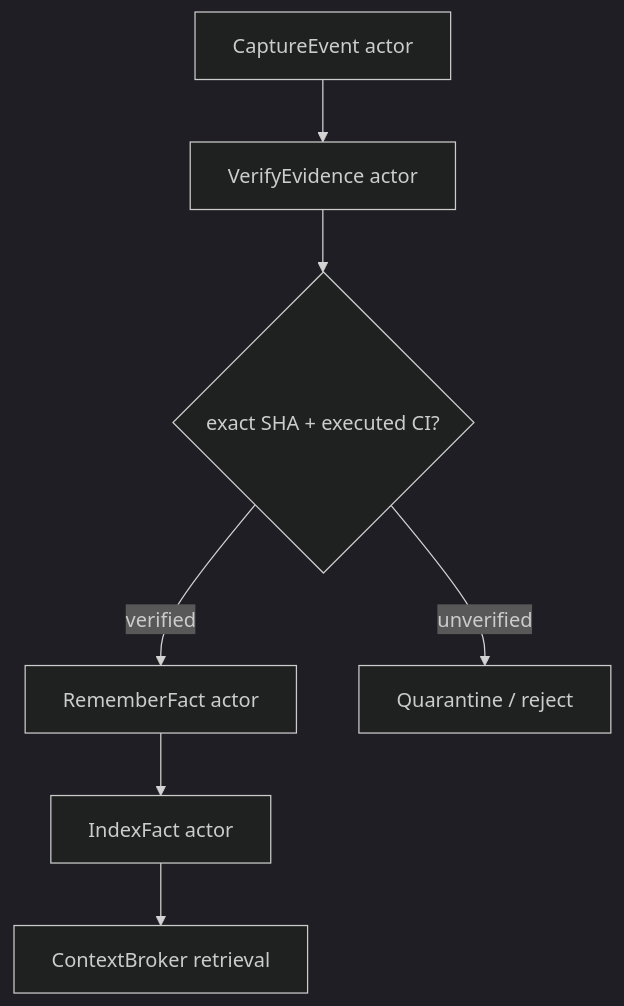
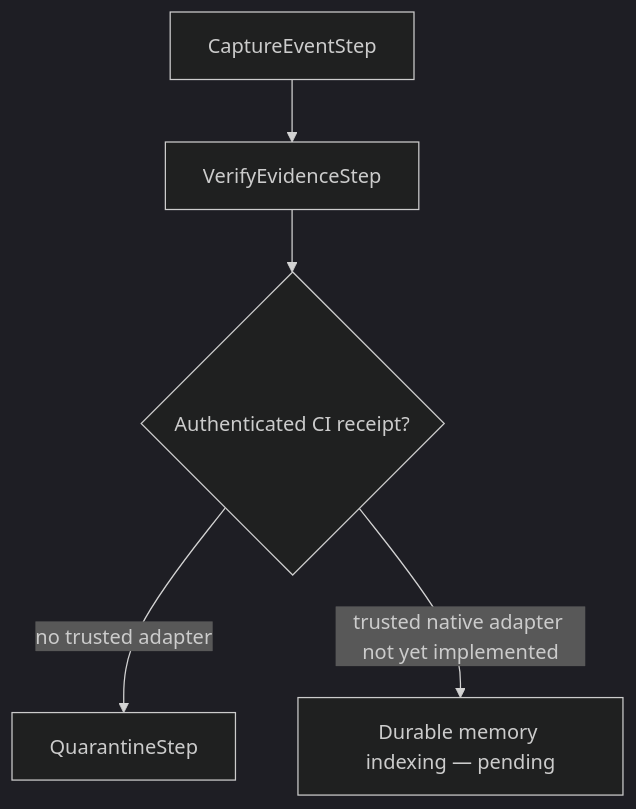
Before and after one commit to atto-lang/atto-step-function-demo: the second of 3 diagrams in docs/GRAPHS.md, drawn with Mermaid (dark theme). The commit also changed other lines of this file and 26 other files, not shown here.

````diff
--- a/docs/GRAPHS.md
+++ b/docs/GRAPHS.md
@@ -21,9 +24,7 @@
 ```mermaid
 flowchart TD
-  A["CaptureEvent actor"] --> B["VerifyEvidence actor"]
-  B --> C{"exact SHA + executed CI?"}
-  C -->|verified| D["RememberFact actor"]
-  C -->|unverified| X["Quarantine / reject"]
-  D --> E["IndexFact actor"]
-  E --> F["ContextBroker retrieval"]
+    A["CaptureEventStep"] --> B["VerifyEvidenceStep"]
+    B --> C{"Authenticated CI receipt?"}
+    C -->|no trusted adapter| D["QuarantineStep"]
+    C -->|trusted native adapter not yet implemented| E["Durable memory indexing — pending"]
 ```
````
